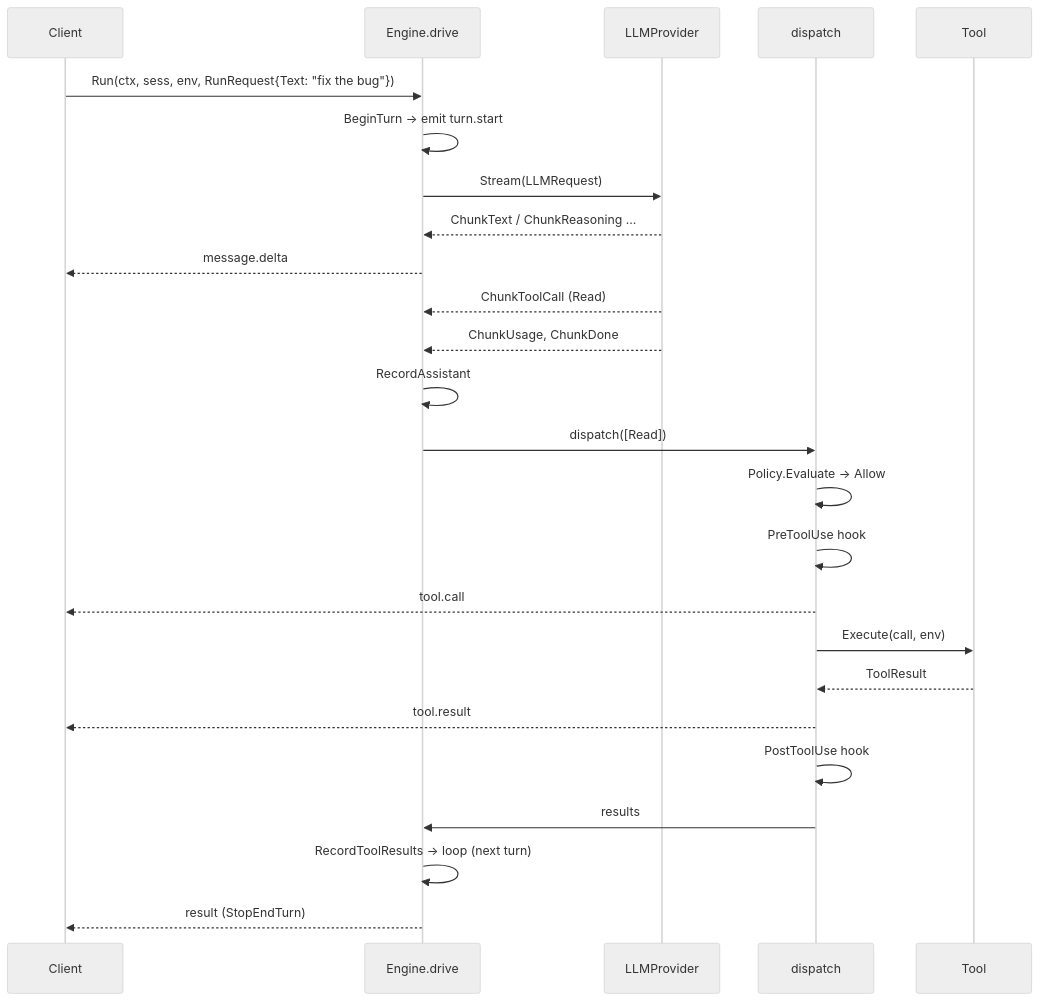
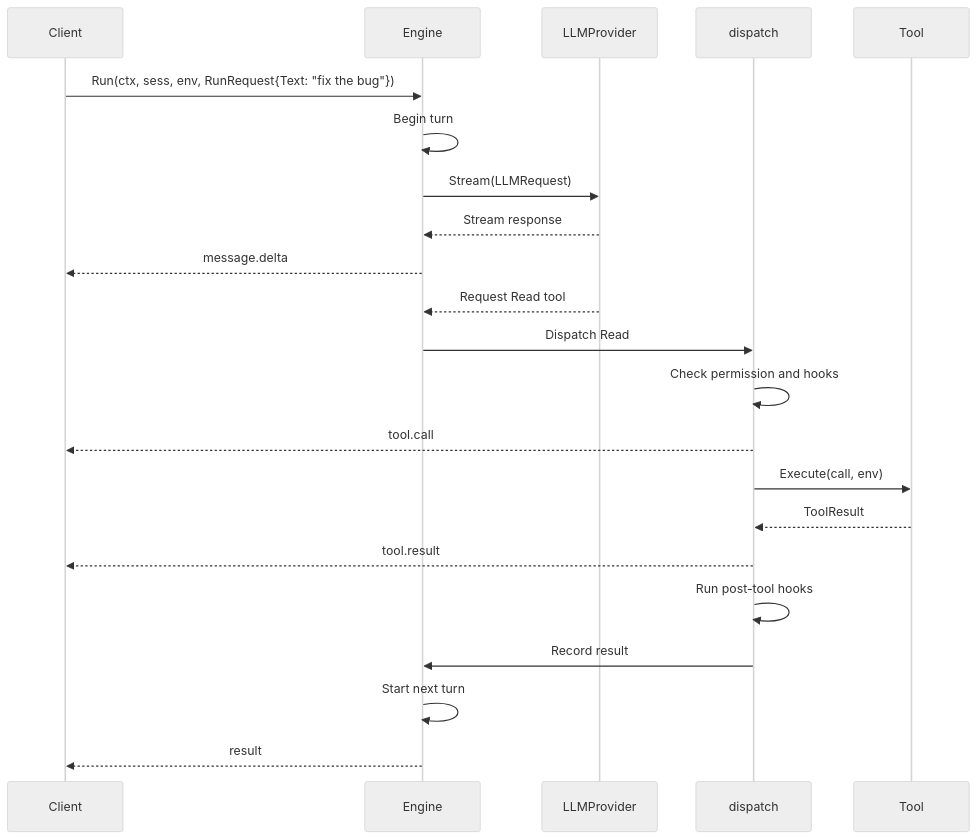
One commit to Sanskarzz/mecatl changed the diagram in user-docs/building/what-you-get/agent-loop.md. Above: the diagram before and after it, drawn with Mermaid (neutral theme). The commit also changed other lines of this file and 9 other files, not shown here.

````diff
--- a/user-docs/building/what-you-get/agent-loop.md
+++ b/user-docs/building/what-you-get/agent-loop.md
@@ -46,27 +35,24 @@
 ```mermaid
 sequenceDiagram
   participant C as Client
-  participant E as Engine.drive
+  participant E as Engine
   participant L as LLMProvider
   participant D as dispatch
   participant T as Tool
   C->>E: Run(ctx, sess, env, RunRequest{Text: "fix the bug"})
-  E->>E: BeginTurn → emit turn.start
+  E->>E: Begin turn
   E->>L: Stream(LLMRequest)
-  L-->>E: ChunkText / ChunkReasoning ...
+  L-->>E: Stream response
   E-->>C: message.delta
-  L-->>E: ChunkToolCall (Read)
-  L-->>E: ChunkUsage, ChunkDone
-  E->>E: RecordAssistant
-  E->>D: dispatch([Read])
-  D->>D: Policy.Evaluate → Allow
-  D->>D: PreToolUse hook
+  L-->>E: Request Read tool
+  E->>D: Dispatch Read
+  D->>D: Check permission and hooks
   D-->>C: tool.call
   D->>T: Execute(call, env)
   T-->>D: ToolResult
   D-->>C: tool.result
-  D->>D: PostToolUse hook
-  D->>E: results
-  E->>E: RecordToolResults → loop (next turn)
-  E-->>C: result (StopEndTurn)
+  D->>D: Run post-tool hooks
+  D->>E: Record result
+  E->>E: Start next turn
+  E-->>C: result
 ```
````
